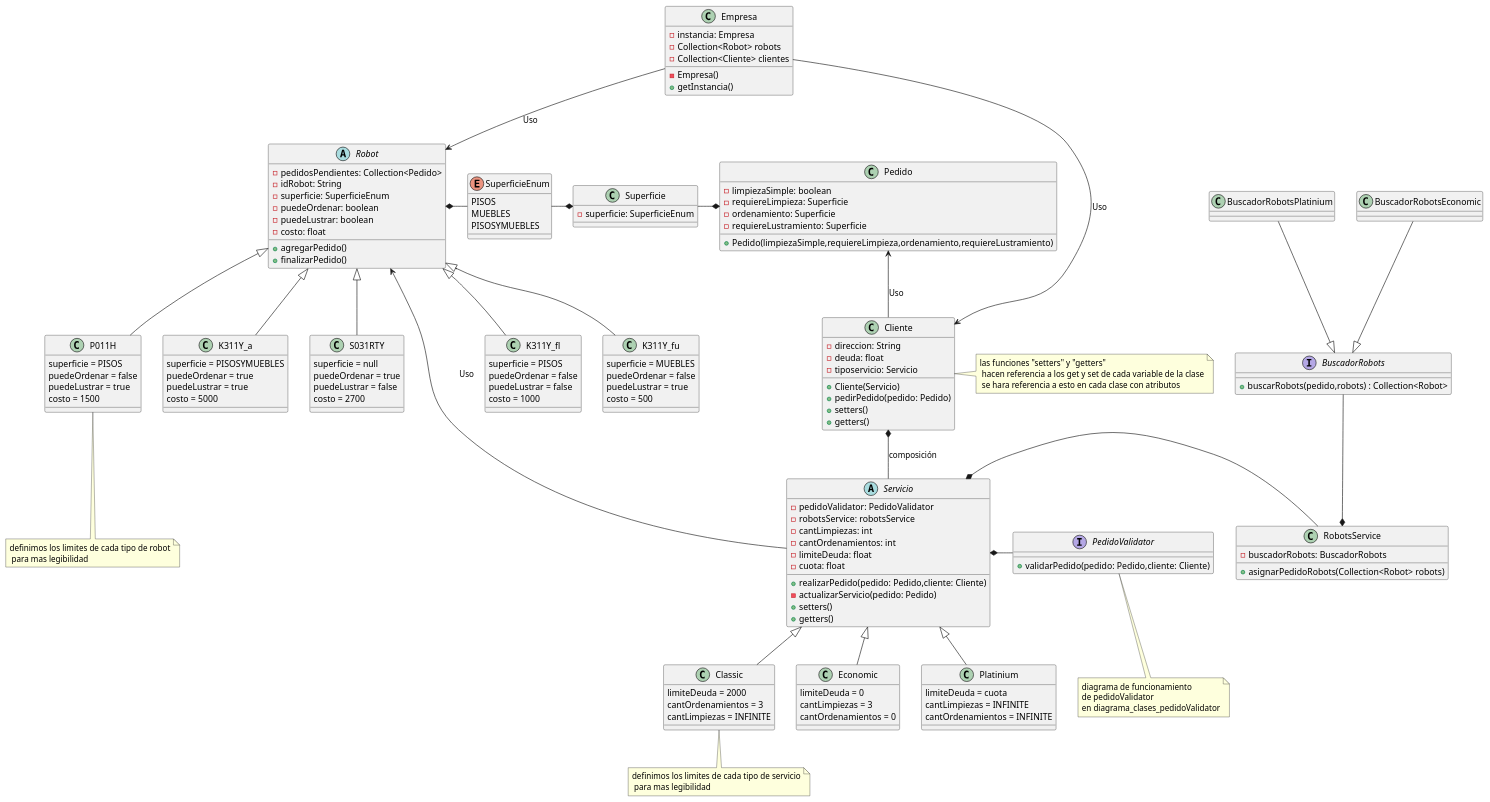
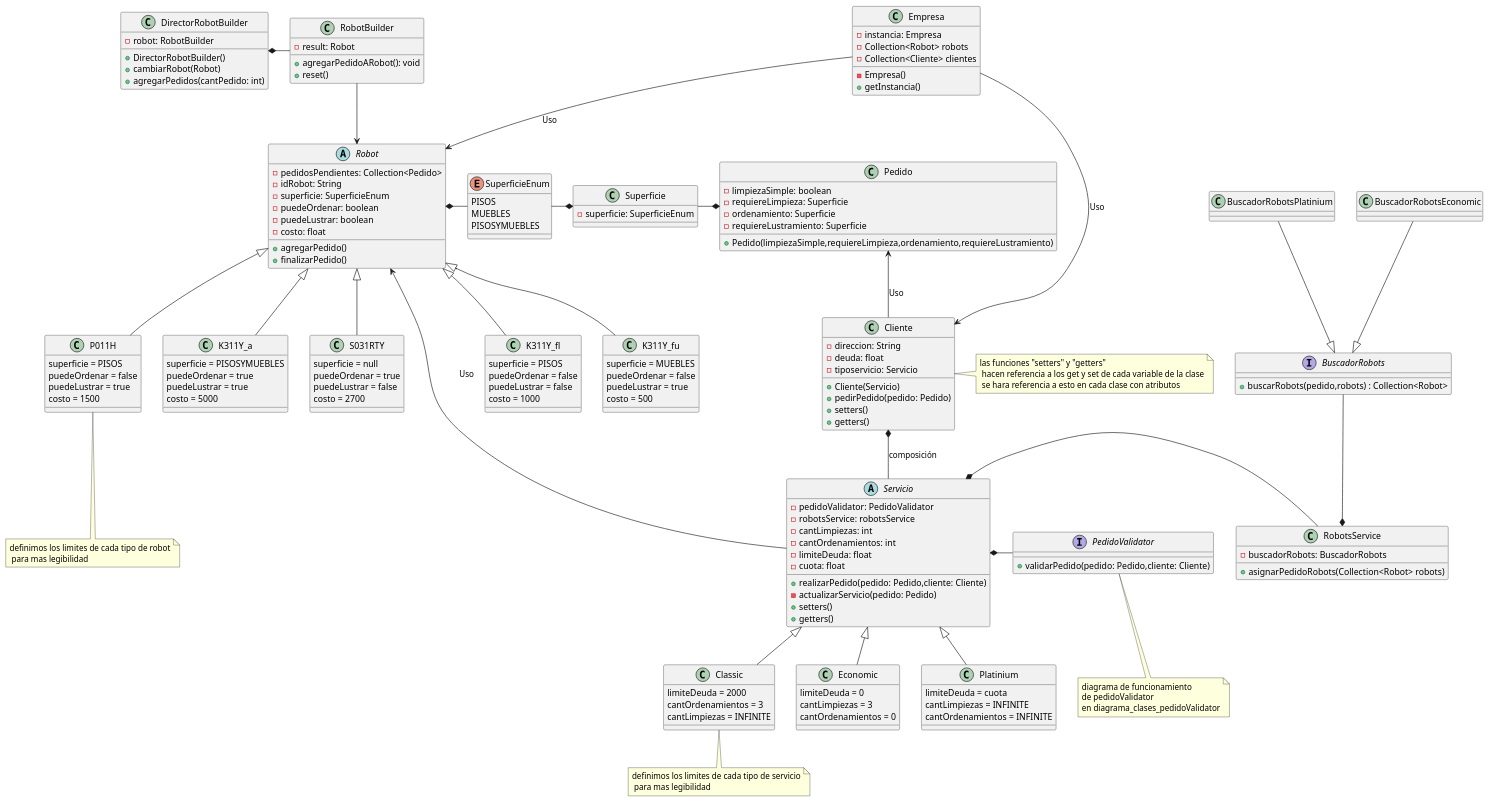
Before and after one commit to bacarvalho/TrabajoPractico: the diagram in src/main/java/com/grupo4/trabajo/Diagramas/diagrama_clases.puml, drawn with PlantUML.

Commit message:
implementacion en el diagrama de clases
implementacion de un posible RobotBuilder

```diff
--- a/src/main/java/com/grupo4/trabajo/Diagramas/diagrama_clases.puml
+++ b/src/main/java/com/grupo4/trabajo/Diagramas/diagrama_clases.puml
@@ -1,176 +1,192 @@
 @startuml
 'https://plantuml.com/class-diagram
 
 
 class Cliente{
 -direccion: String
 -deuda: float
 -tiposervicio: Servicio
 
 +Cliente(Servicio)
 +pedirPedido(pedido: Pedido)
 +setters()
 +getters()
 }
 
 class Empresa{
 -instancia: Empresa
 -Collection<Robot> robots
 -Collection<Cliente> clientes
 
 -Empresa()
 +getInstancia()
 }
 
 
 abstract class Servicio{
 - pedidoValidator: PedidoValidator
 - robotsService: robotsService
 - cantLimpiezas: int
 - cantOrdenamientos: int
 - limiteDeuda: float
 -cuota: float
 
 +realizarPedido(pedido: Pedido,cliente: Cliente)
 -actualizarServicio(pedido: Pedido)
 +setters()
 +getters()
 }
 
 abstract class Robot{
 - pedidosPendientes: Collection<Pedido>
 - idRobot: String
 - superficie: SuperficieEnum
 - puedeOrdenar: boolean
 - puedeLustrar: boolean
 - costo: float
 
 +agregarPedido()
 +finalizarPedido()
 }
 
 class K311Y_fl{
  superficie = PISOS
  puedeOrdenar = false
  puedeLustrar = false
  costo = 1000
 }
 class K311Y_fu{
 superficie = MUEBLES
  puedeOrdenar = false
  puedeLustrar = true
  costo = 500
 }
 class P011H{
 superficie = PISOS
  puedeOrdenar = false
  puedeLustrar = true
  costo = 1500
 }
 class K311Y_a{
  superficie = PISOSYMUEBLES
  puedeOrdenar = true
  puedeLustrar = true
  costo = 5000
 }
 class S031RTY{
 superficie = null
  puedeOrdenar = true
  puedeLustrar = false
  costo = 2700
 }
 
 class Platinium{
 limiteDeuda = cuota
 cantLimpiezas = INFINITE
 cantOrdenamientos = INFINITE
 }
 class Classic{
 limiteDeuda = 2000
 cantOrdenamientos = 3
 cantLimpiezas = INFINITE
 }
 
 class Economic{
 limiteDeuda = 0
 cantLimpiezas = 3
 cantOrdenamientos = 0
 }
 
+class RobotBuilder{
+    -result: Robot
+
+    +agregarPedidoARobot(): void
+    +reset()
+}
+
+class DirectorRobotBuilder{
+    -robot: RobotBuilder
+    +DirectorRobotBuilder()
+    +cambiarRobot(Robot)
+    +agregarPedidos(cantPedido: int)
+}
+
 class RobotsService{
     -buscadorRobots: BuscadorRobots
     +asignarPedidoRobots(Collection<Robot> robots)
 }
 
 interface BuscadorRobots{
 +buscarRobots(pedido,robots) : Collection<Robot>
 }
 
 class BuscadorRobotsEconomic{
 
 }
 
 class BuscadorRobotsPlatinium{
 }
 
 class Pedido{
 - limpiezaSimple: boolean
 - requiereLimpieza: Superficie
 - ordenamiento: Superficie
 - requiereLustramiento: Superficie
 
 +Pedido(limpiezaSimple,requiereLimpieza,ordenamiento,requiereLustramiento)
 }
 
 enum SuperficieEnum{
 PISOS
 MUEBLES
 PISOSYMUEBLES
 }
 
 class Superficie{
 - superficie: SuperficieEnum
 }
 
 Robot <|-- K311Y_fl
 Robot <|-- K311Y_fu
 Robot <|-- P011H
 Robot <|-- K311Y_a
 Robot <|-- S031RTY
 
 Servicio <|-- Platinium
 Servicio <|-- Classic
 Servicio <|-- Economic
 
 interface PedidoValidator{
 +validarPedido(pedido: Pedido,cliente: Cliente)
 }
 
 Robot <-- Servicio : Uso
 PedidoValidator -left-* Servicio
 RobotsService -left-* Servicio
 Pedido <--  Cliente : Uso
 
+DirectorRobotBuilder *-right- RobotBuilder
+RobotBuilder --> Robot
 RobotsService *-up- BuscadorRobots
 BuscadorRobots <|-up- BuscadorRobotsEconomic
 BuscadorRobots <|-up- BuscadorRobotsPlatinium
 
 Cliente <-up- Empresa  : Uso
 
 Robot <-up-  Empresa : Uso
 
 Cliente *--  Servicio : composición
 
 Superficie *-left- SuperficieEnum
 Robot *-right- SuperficieEnum
 Pedido *-left- Superficie
 
 note bottom of Classic : definimos los limites de cada tipo de servicio\n para mas legibilidad
 note bottom of P011H : definimos los limites de cada tipo de robot\n para mas legibilidad
 note right of Cliente : las funciones "setters" y "getters" \n hacen referencia a los get y set de cada variable de la clase\n se hara referencia a esto en cada clase con atributos
 note bottom of PedidoValidator
 diagrama de funcionamiento
 de pedidoValidator
 en diagrama_clases_pedidoValidator
 end note
 @enduml
```
